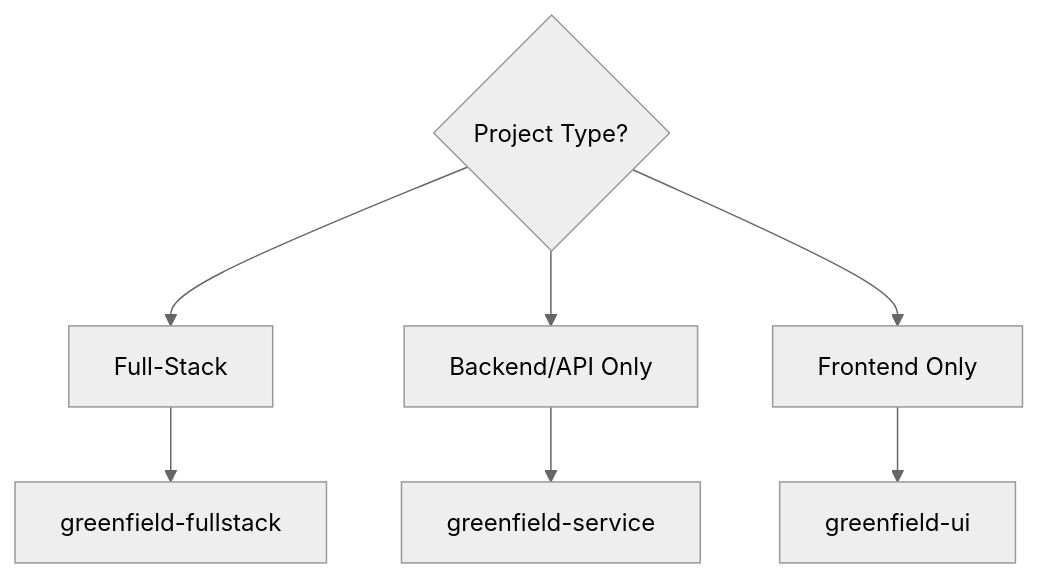
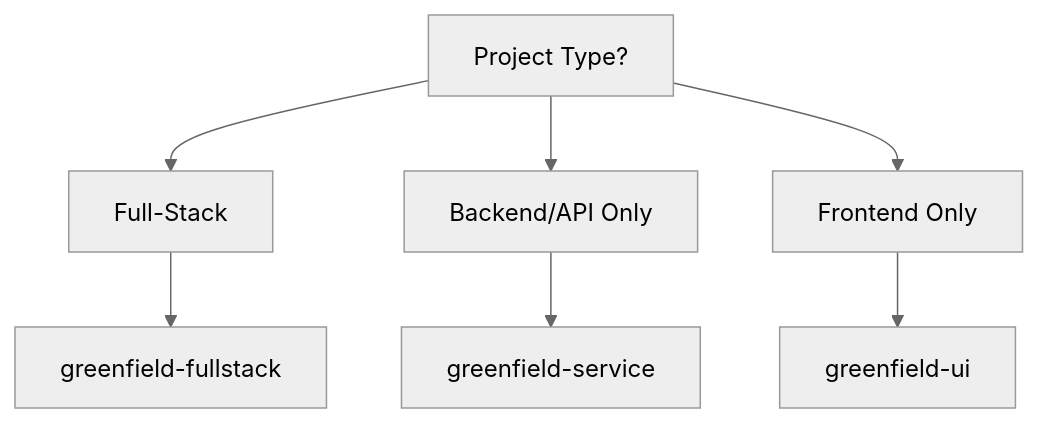
Before and after one commit to bychrisr/aios-docs: the second of 3 diagrams in content/en/docs/aios-workflows/README.mdx, drawn with Mermaid (neutral theme). The commit also changed other lines of this file and 40 other files, not shown here.

````diff
--- a/content/en/docs/aios-workflows/README.mdx
+++ b/content/en/docs/aios-workflows/README.mdx
@@ -163,10 +163,10 @@
 ```mermaid
 flowchart TD
-    A{Project Type?} --> B[Full-Stack]
+    A[Project Type?] --> B[Full-Stack]
     A --> C[Backend/API Only]
     A --> D[Frontend Only]
 
     B --> E[greenfield-fullstack]
     C --> F[greenfield-service]
     D --> G[greenfield-ui]
 ```
````
